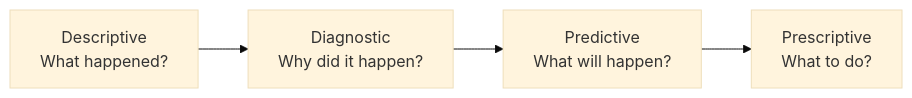
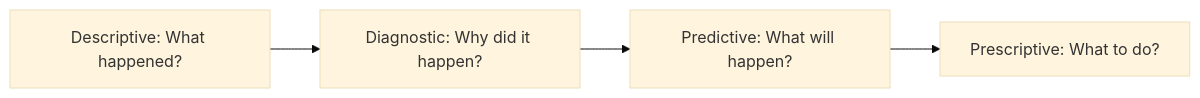
The fifth of 5 diagrams in notes/data_analysis/Chapter1_Introduction_to_DAV.md (DeepLumiere/DeepSkills), drawn with Mermaid (base theme) before and after one commit. The commit also changed other lines of this file and 56 other files, not shown here.

````diff
--- a/notes/data_analysis/Chapter1_Introduction_to_DAV.md
+++ b/notes/data_analysis/Chapter1_Introduction_to_DAV.md
@@ -439,6 +439,6 @@
 ```mermaid
 flowchart LR
-    A["Descriptive<br/>What happened?"] --> B["Diagnostic<br/>Why did it happen?"]
-    B --> C["Predictive<br/>What will happen?"]
-    C --> D["Prescriptive<br/>What to do?"]
+    A["Descriptive: What happened?"] --> B["Diagnostic: Why did it happen?"]
+    B --> C["Predictive: What will happen?"]
+    C --> D["Prescriptive: What to do?"]
 ```
````
